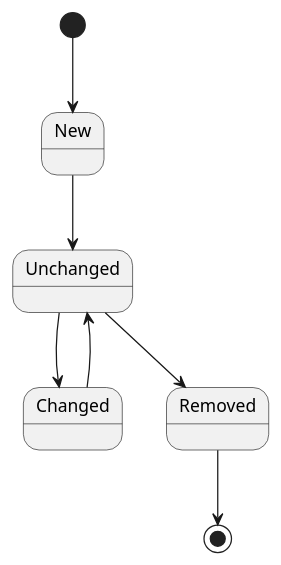
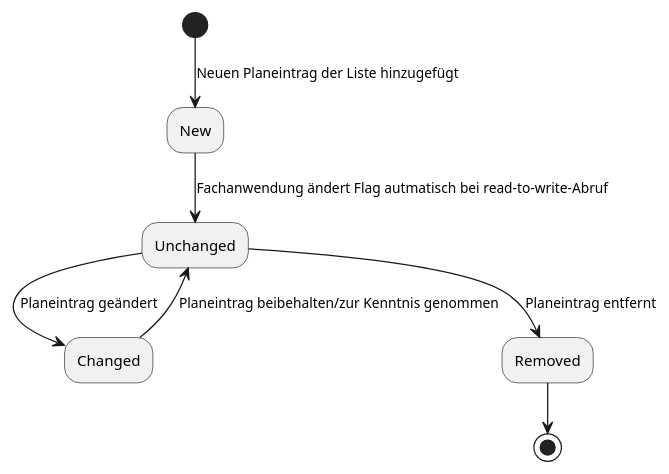
One commit to HL7Austria/ELGA-e-Medikation-R4 changed the diagram in input/images-source/stateDiagram_list_flag.plantuml. Above: the diagram before and after it, drawn with PlantUML. The commit also changed 6 other files, not shown here.

Commit message:
Add workflow state diagrams (list-flag, planeintrag-status)

```diff
--- a/input/images-source/stateDiagram_list_flag.plantuml
+++ b/input/images-source/stateDiagram_list_flag.plantuml
@@ -1,8 +1,8 @@
 @startuml
-[*] --> New
-New --> Unchanged
-Changed --> Unchanged
-Unchanged --> Changed
-Unchanged --> Removed
-Removed  --> [*]
+(*) -d-> [Neuen Planeintrag der Liste hinzugefügt] New
+New --> [Fachanwendung ändert Flag autmatisch bei read-to-write-Abruf] Unchanged
+Changed --> [Planeintrag beibehalten/zur Kenntnis genommen] Unchanged
+Unchanged --> [Planeintrag geändert] Changed
+Unchanged -d-> [Planeintrag entfernt] Removed
+Removed  -d-> (*)
 @enduml
```
